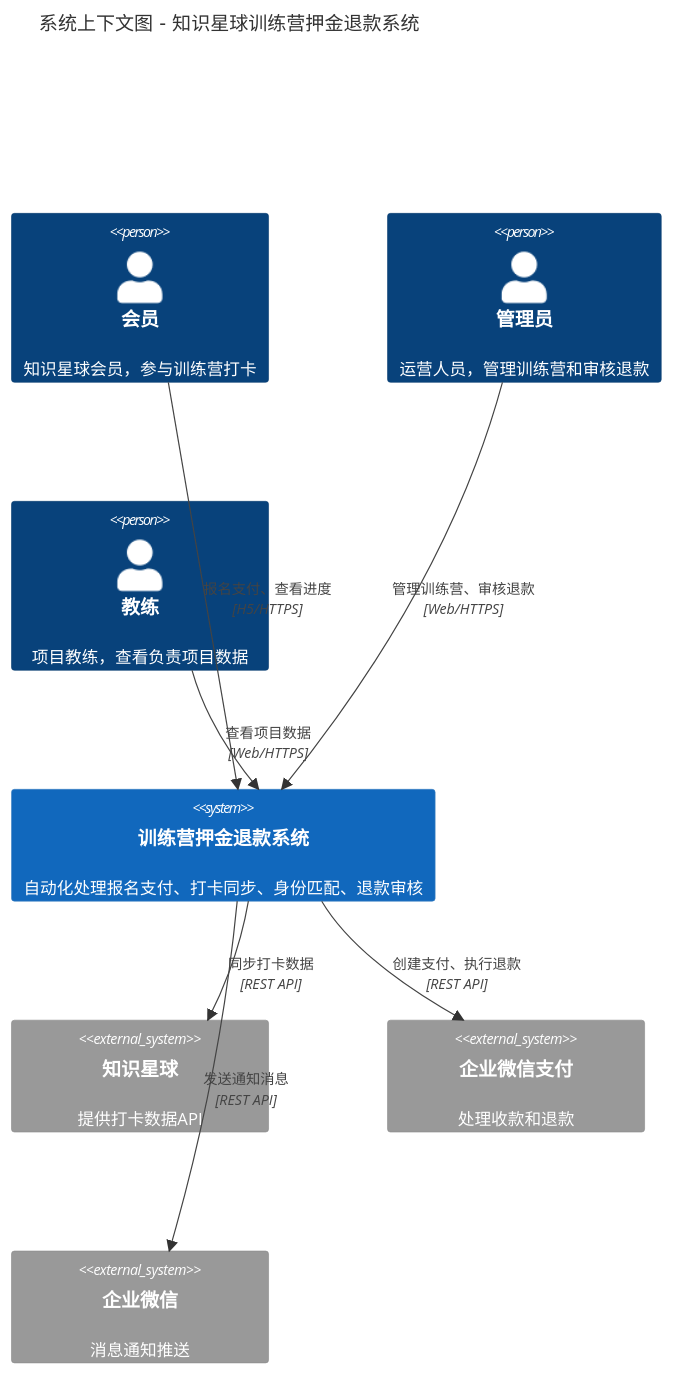
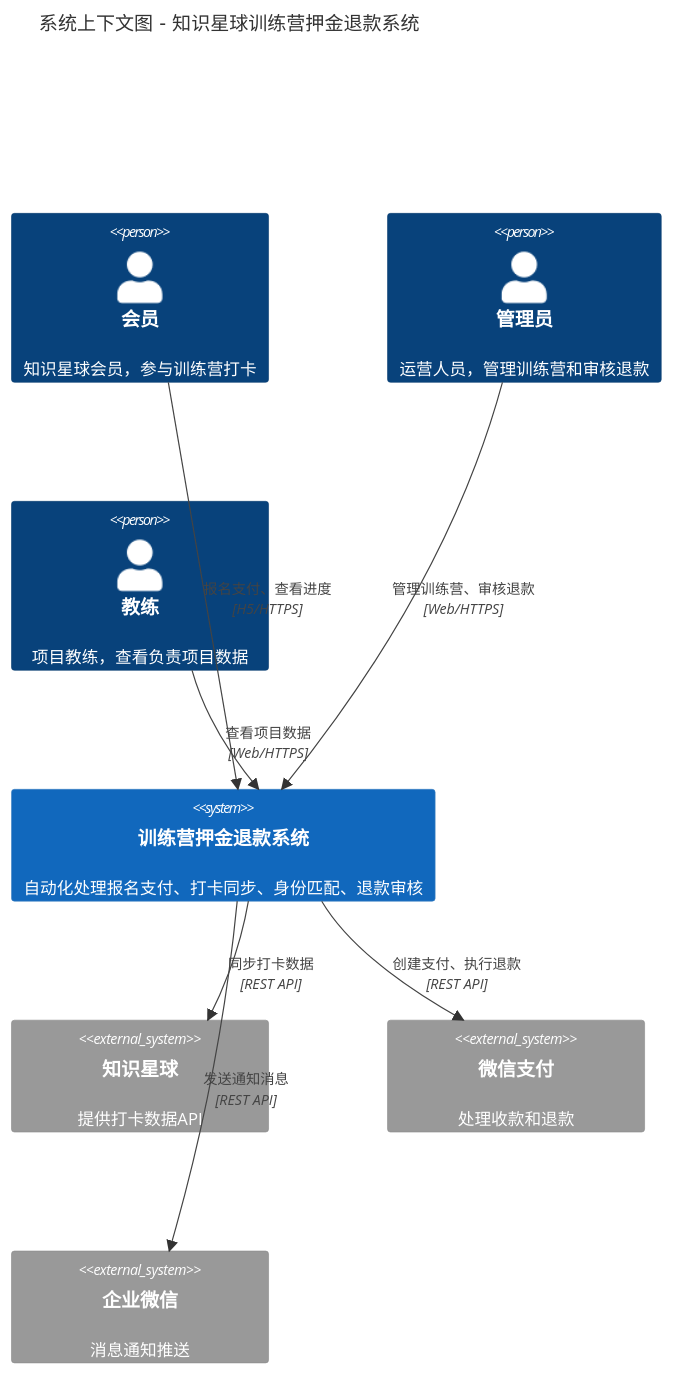
One commit to yiancode/AutoDepositRefundAgent changed the first of 11 diagrams in docs/v1/diagrams/架构设计图.md. Above: the diagram before and after it, drawn with Mermaid. The commit also changed other lines of this file and 11 other files, not shown here.

````diff
--- a/docs/v1/diagrams/架构设计图.md
+++ b/docs/v1/diagrams/架构设计图.md
@@ -24,24 +24,24 @@
 ```mermaid
 C4Context
     title 系统上下文图 - 知识星球训练营押金退款系统
 
     Person(member, "会员", "知识星球会员，参与训练营打卡")
     Person(admin, "管理员", "运营人员，管理训练营和审核退款")
     Person(coach, "教练", "项目教练，查看负责项目数据")
 
     System(campSystem, "训练营押金退款系统", "自动化处理报名支付、打卡同步、身份匹配、退款审核")
 
     System_Ext(zsxq, "知识星球", "提供打卡数据API")
-    System_Ext(wechatPay, "企业微信支付", "处理收款和退款")
+    System_Ext(wechatPay, "微信支付", "处理收款和退款")
     System_Ext(wechatWork, "企业微信", "消息通知推送")
 
     Rel(member, campSystem, "报名支付、查看进度", "H5/HTTPS")
     Rel(admin, campSystem, "管理训练营、审核退款", "Web/HTTPS")
     Rel(coach, campSystem, "查看项目数据", "Web/HTTPS")
 
     Rel(campSystem, zsxq, "同步打卡数据", "REST API")
     Rel(campSystem, wechatPay, "创建支付、执行退款", "REST API")
     Rel(campSystem, wechatWork, "发送通知消息", "REST API")
 
     UpdateLayoutConfig($c4ShapeInRow="3", $c4BoundaryInRow="1")
 ```
````
